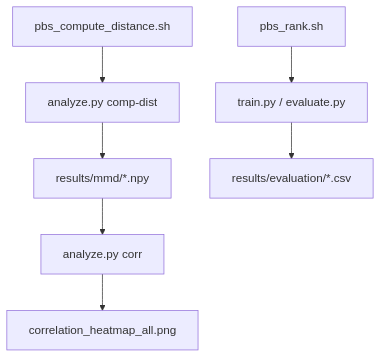
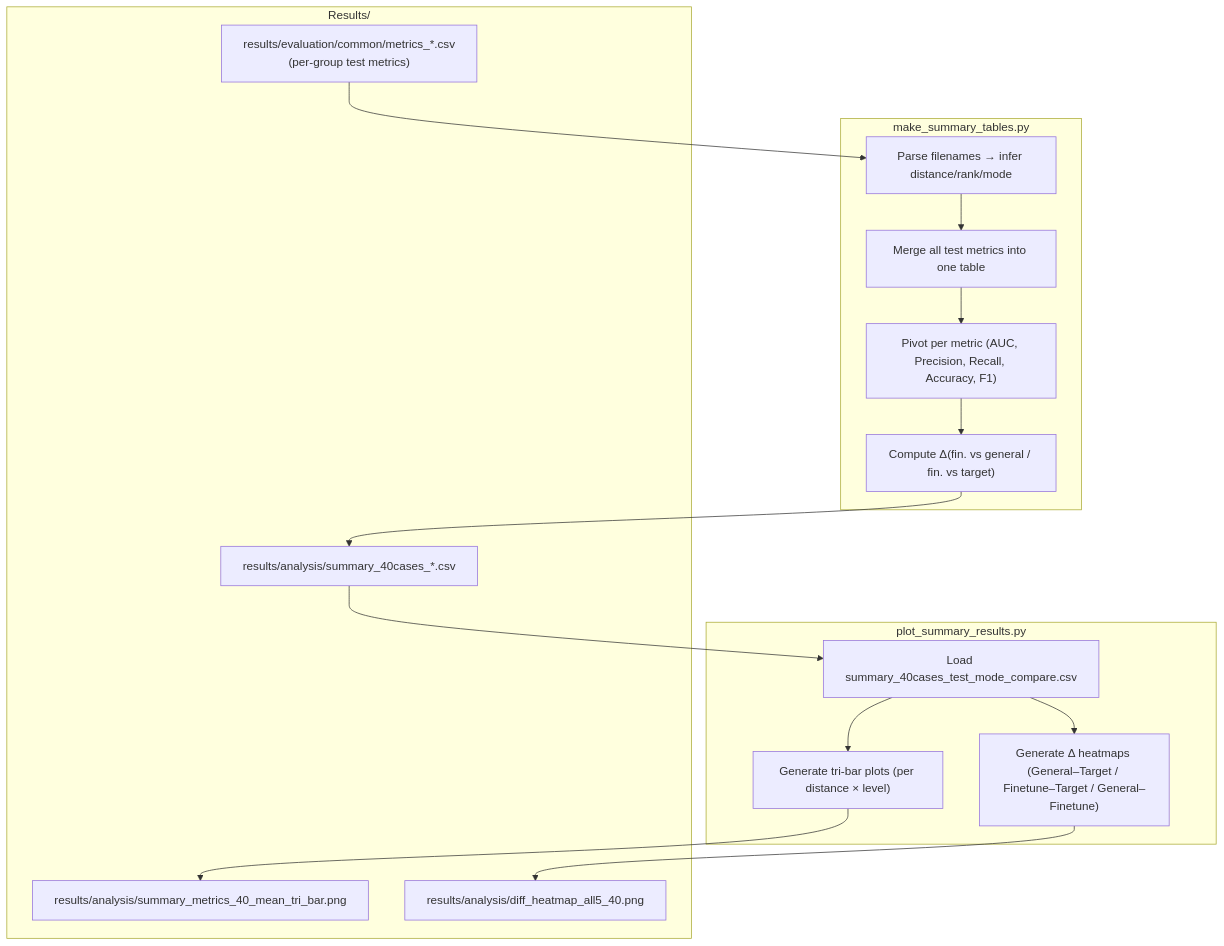
One commit to YutaroNakagama/vehicle_based_DDD_comparison changed the seventh of 7 diagrams in docs/source/guide/developer_guide.md. Above: the diagram before and after it, drawn with Mermaid. The commit also changed other lines of this file, not shown here.

`````diff
--- a/docs/source/guide/developer_guide.md
+++ b/docs/source/guide/developer_guide.md
@@ -314,9 +457,30 @@
 ```mermaid
-graph TD
-  pbs_compute["pbs_compute_distance.sh"] --> analyze_comp["analyze.py comp-dist"]
-  analyze_comp --> results_mmd["results/mmd/*.npy"]
-  pbs_rank["pbs_rank.sh"] --> train_eval["train.py / evaluate.py"]
-  train_eval --> results_eval["results/evaluation/*.csv"]
-  results_mmd --> analyze_corr["analyze.py corr"]
-  analyze_corr --> heatmap["correlation_heatmap_all.png"]
-```
+flowchart TB
+
+subgraph Step1["make_summary_tables.py"]
+  B1["Parse filenames → infer distance/rank/mode"]
+  B2["Merge all test metrics into one table"]
+  B3["Pivot per metric (AUC, Precision, Recall, Accuracy, F1)"]
+  B4["Compute Δ(fin. vs general / fin. vs target)"]
+end
+
+subgraph Step2["plot_summary_results.py"]
+  C1["Load summary_40cases_test_mode_compare.csv"]
+  C2["Generate tri-bar plots (per distance × level)"]
+  C3["Generate Δ heatmaps (General–Target / Finetune–Target / General–Finetune)"]
+end
+
+subgraph Output["Results/"]
+  A1["results/evaluation/common/metrics_*.csv<br/>(per-group test metrics)"]
+  D1["results/analysis/summary_40cases_*.csv"]
+  D2["results/analysis/summary_metrics_40_mean_tri_bar.png"]
+  D3["results/analysis/diff_heatmap_all5_40.png"]
+end
+
+A1 --> B1 --> B2 --> B3 --> B4
+D1 --> C1
+C1 --> C2 & C3
+B4 --> D1
+C2 --> D2
+C3 --> D3
+````
`````
